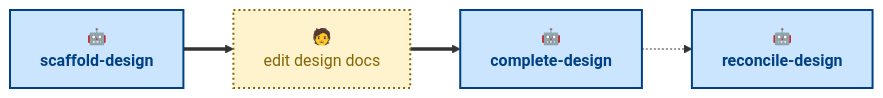
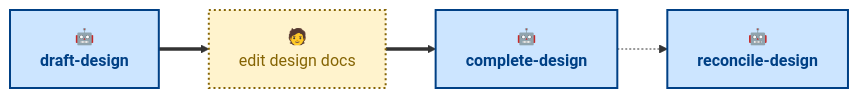
One commit to kieranpotts/design changed the diagram in .agents/skills/README.md. Above: the diagram before and after it, drawn with Mermaid. The commit also changed other lines of this file and 4 other files, not shown here.

Commit message:
chore: rename scaffold-* to draft-*

````diff
--- a/.agents/skills/README.md
+++ b/.agents/skills/README.md
@@ -22,15 +22,15 @@
 ```mermaid
 flowchart LR
-  scaffold["🤖<br/><b>scaffold-design</b>"]:::agentic
+  draft["🤖<br/><b>draft-design</b>"]:::agentic
   write["🧑<br/>edit design docs"]:::anthropic
   complete["🤖<br/><b>complete-design</b>"]:::agentic
   reconcile["🤖<br/><b>reconcile-design</b>"]:::agentic
 
-  scaffold ==> write
+  draft ==> write
   write ==> complete
   complete -.-> reconcile
 
   classDef agentic fill:#cce5ff,stroke:#004085,color:#004085,stroke-width:2px
   classDef scripted fill:#e2e3e5,stroke:#4b5157,color:#383d41,stroke-width:2px
   classDef anthropic fill:#fff3cd,stroke:#856404,color:#856404,stroke-width:2px,stroke-dasharray:2 3
 ```
````
